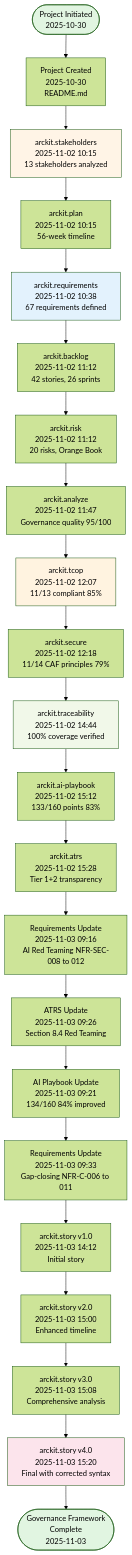
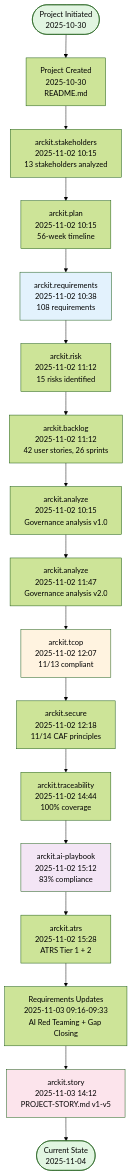
One commit to tractorjuice/arckit-test-project-v8-cabinet-office-genai changed the second of 3 diagrams in projects/001-cabinet-office-genai/PROJECT-STORY.md. Above: the diagram before and after it, drawn with Mermaid (forest theme). The commit also changed other lines of this file, not shown here.

First line of the commit message:
feat: PROJECT-STORY.md v5.0 - regenerated with fixed template for GitHub-compatible Mermaid syntax

````diff
--- a/projects/001-cabinet-office-genai/PROJECT-STORY.md
+++ b/projects/001-cabinet-office-genai/PROJECT-STORY.md
@@ -103,44 +102,36 @@
 ```mermaid
 flowchart TD
     Start([Project Initiated<br/>2025-10-30]) --> README
 
     README["Project Created<br/>2025-10-30<br/>README.md"] --> Stakeholders
 
     Stakeholders["arckit.stakeholders<br/>2025-11-02 10:15<br/>13 stakeholders analyzed"] --> ProjPlan
     ProjPlan["arckit.plan<br/>2025-11-02 10:15<br/>56-week timeline"] --> Requirements
 
-    Requirements["arckit.requirements<br/>2025-11-02 10:38<br/>67 requirements defined"] --> Backlog
-    Backlog["arckit.backlog<br/>2025-11-02 11:12<br/>42 stories, 26 sprints"] --> Risk
-    Risk["arckit.risk<br/>2025-11-02 11:12<br/>20 risks, Orange Book"] --> Analysis1
+    Requirements["arckit.requirements<br/>2025-11-02 10:38<br/>108 requirements"] --> Risk
+    Risk["arckit.risk<br/>2025-11-02 11:12<br/>15 risks identified"] --> Backlog
 
-    Analysis1["arckit.analyze<br/>2025-11-02 11:47<br/>Governance quality 95/100"] --> TCoP
+    Backlog["arckit.backlog<br/>2025-11-02 11:12<br/>42 user stories, 26 sprints"] --> Analyze1
+    Analyze1["arckit.analyze<br/>2025-11-02 10:15<br/>Governance analysis v1.0"] --> Analyze2
 
-    TCoP["arckit.tcop<br/>2025-11-02 12:07<br/>11/13 compliant 85%"] --> Secure
-    Secure["arckit.secure<br/>2025-11-02 12:18<br/>11/14 CAF principles 79%"] --> Trace
+    Analyze2["arckit.analyze<br/>2025-11-02 11:47<br/>Governance analysis v2.0"] --> TCoP
+    TCoP["arckit.tcop<br/>2025-11-02 12:07<br/>11/13 compliant"] --> Secure
 
-    Trace["arckit.traceability<br/>2025-11-02 14:44<br/>100% coverage verified"] --> AIPlaybook
+    Secure["arckit.secure<br/>2025-11-02 12:18<br/>11/14 CAF principles"] --> Trace
+    Trace["arckit.traceability<br/>2025-11-02 14:44<br/>100% coverage"] --> AIPlaybook
 
-    AIPlaybook["arckit.ai-playbook<br/>2025-11-02 15:12<br/>133/160 points 83%"] --> ATRS
-    ATRS["arckit.atrs<br/>2025-11-02 15:28<br/>Tier 1+2 transparency"] --> RedTeam
+    AIPlaybook["arckit.ai-playbook<br/>2025-11-02 15:12<br/>83% compliance"] --> ATRS
+    ATRS["arckit.atrs<br/>2025-11-02 15:28<br/>ATRS Tier 1 + 2"] --> RedTeam
 
-    RedTeam["Requirements Update<br/>2025-11-03 09:16<br/>AI Red Teaming NFR-SEC-008 to 012"] --> ATRSUpd1
-    ATRSUpd1["ATRS Update<br/>2025-11-03 09:26<br/>Section 8.4 Red Teaming"] --> AIPBUpd1
-    AIPBUpd1["AI Playbook Update<br/>2025-11-03 09:21<br/>134/160 84% improved"] --> GapReqs
+    RedTeam["Requirements Updates<br/>2025-11-03 09:16-09:33<br/>AI Red Teaming + Gap Closing"] --> Story
+    Story["arckit.story<br/>2025-11-03 14:12<br/>PROJECT-STORY.md v1-v5"] --> End
 
-    GapReqs["Requirements Update<br/>2025-11-03 09:33<br/>Gap-closing NFR-C-006 to 011"] --> Story1
-
-    Story1["arckit.story v1.0<br/>2025-11-03 14:12<br/>Initial story"] --> Story2
-    Story2["arckit.story v2.0<br/>2025-11-03 15:00<br/>Enhanced timeline"] --> Story3
-    Story3["arckit.story v3.0<br/>2025-11-03 15:08<br/>Comprehensive analysis"] --> Story4
-    Story4["arckit.story v4.0<br/>2025-11-03 15:20<br/>Final with corrected syntax"] --> End
-
-    End([Governance Framework<br/>Complete<br/>2025-11-03])
+    End([Current State<br/>2025-11-04])
 
     style Start fill:#e1f5e1
     style End fill:#e1f5e1
-    style Stakeholders fill:#fff4e6
     style Requirements fill:#e3f2fd
     style TCoP fill:#fff3e0
-    style Trace fill:#f1f8e9
-    style Story4 fill:#fce4ec
+    style AIPlaybook fill:#f3e5f5
+    style Story fill:#fce4ec
 ```
````
